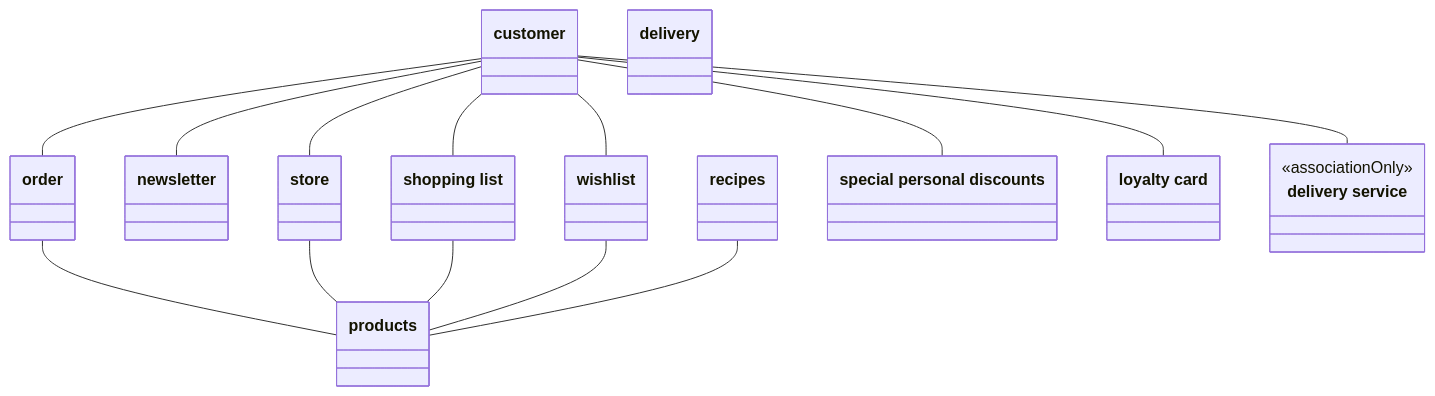
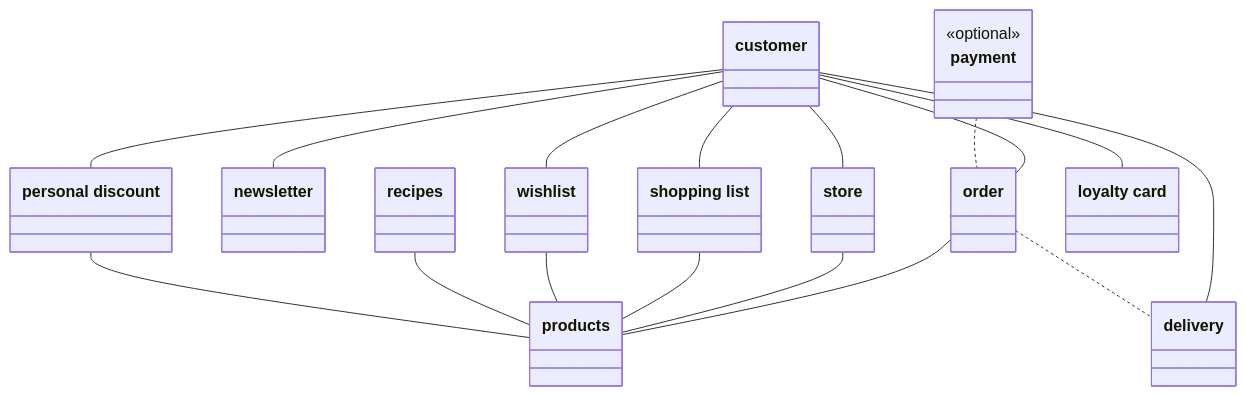
Before and after one commit to DomDeWulf/user-story-domain-model-datasets: the diagram in 2_gold_standard_domain_models/supermarket.mmd, drawn with Mermaid. The commit also changed 21 other files, not shown here.

Commit message:
Adapt domain models to revised gold and silver standard

```diff
--- a/2_gold_standard_domain_models/supermarket.mmd
+++ b/2_gold_standard_domain_models/supermarket.mmd
@@ -1,87 +1,107 @@
 classDiagram
     %% Project: Supermarket
-    %% Class labels match Gold standard - Classes.xlsx exactly, including capitalization.
-    %% Singular/plural forms are assumed equivalent; every changed endpoint is documented below.
-    %% Every association preserves one row of Gold standard - Associations.xlsx, in workbook order.
-    %% associationOnly nodes have no matching class in the Classes Excel; exclude them from class evaluation.
+    %% Source: Gold&Silver Standard.xlsx, sheets 'Class - Gold Standard' (column H) and 'Association - Gold Standard' (columns O:P).
+    %% Class labels match the revised class list exactly, including capitalization.
+    %% Class IDs and order follow the previous models; new classes are appended and removed classes leave ID gaps.
+    %% Workbook legend: red fill = removed, green fill = optional, blue text = added.
+    %% Removed classes and associations are omitted. Optional classes carry <<optional>>; optional associations use a dashed .. line.
+    %% Association endpoints are mapped to class labels; every changed endpoint is documented below.
     %% No direction, multiplicity, relationship labels, inheritance, attributes, or methods are inferred.
     class C001["recipes"]
     class C002["newsletter"]
     class C003["order"]
     class C004["products"]
     class C005["customer"]
     class C006["wishlist"]
     class C007["shopping list"]
     class C008["delivery"]
     class C009["store"]
-    class C010["special personal discounts"]
+    class C010["personal discount"]
     class C011["loyalty card"]
-    class C012["delivery service"]
-    <<associationOnly>> C012
+    %% Class 'Class - Gold Standard'!H13: added in the revised workbook (blue text); optional (green fill).
+    class C013["payment"]
+    <<optional>> C013
 
-    %% Association (Classes Excel terms where available): customer -- newsletter
-    %% Associations Excel (Sheet1!O3:P3): customer -- newsletter.
-    %% Wording differences: none.
+    %% Association: customer -- newsletter
+    %% Workbook ('Association - Gold Standard'!O3): custom -- newslett.
+    %% Mapping: "custom" -> "customer" (truncated stem); "newslett" -> "newsletter" (truncated stem).
     C005 -- C002
 
-    %% Association (Classes Excel terms where available): customer -- wishlist
-    %% Associations Excel (Sheet1!O4:P4): customer -- wishlist.
-    %% Wording differences: none.
+    %% Association: customer -- wishlist
+    %% Workbook ('Association - Gold Standard'!O4): custom -- wishlist.
+    %% Mapping: "custom" -> "customer" (truncated stem).
     C005 -- C006
 
-    %% Association (Classes Excel terms where available): customer -- shopping list
-    %% Associations Excel (Sheet1!O5:P5): customer -- shopping list.
-    %% Wording differences: none.
+    %% Association: customer -- shopping list
+    %% Workbook ('Association - Gold Standard'!O5): custom -- shopping list.
+    %% Mapping: "custom" -> "customer" (truncated stem).
     C005 -- C007
 
-    %% Association (Classes Excel terms where available): order -- products
-    %% Associations Excel (Sheet1!O6:P6): order -- product.
-    %% Assumption: "product" -> "products" (singular/plural forms are assumed interchangeable).
+    %% Association: order -- products
+    %% Workbook ('Association - Gold Standard'!O6): order -- product.
+    %% Mapping: "product" -> "products" (singular/plural).
     C003 -- C004
 
-    %% Association (Classes Excel terms where available): customer -- order
-    %% Associations Excel (Sheet1!O7:P7): customer -- order.
-    %% Wording differences: none.
+    %% Association: customer -- order
+    %% Workbook ('Association - Gold Standard'!O7): custom -- order.
+    %% Mapping: "custom" -> "customer" (truncated stem).
     C005 -- C003
 
-    %% Association (Classes Excel terms where available): store -- products
-    %% Associations Excel (Sheet1!O8:P8): store -- product.
-    %% Assumption: "product" -> "products" (singular/plural forms are assumed interchangeable).
+    %% Association: store -- products
+    %% Workbook ('Association - Gold Standard'!O8): store -- product.
+    %% Mapping: "product" -> "products" (singular/plural).
     C009 -- C004
 
-    %% Association (Classes Excel terms where available): shopping list -- products
-    %% Associations Excel (Sheet1!O9:P9): shopping list -- product.
-    %% Assumption: "product" -> "products" (singular/plural forms are assumed interchangeable).
+    %% Association: shopping list -- products
+    %% Workbook ('Association - Gold Standard'!O9): shopping list -- product.
+    %% Mapping: "product" -> "products" (singular/plural).
     C007 -- C004
 
-    %% Association (Classes Excel terms where available): wishlist -- products
-    %% Associations Excel (Sheet1!O10:P10): wishlist -- product.
-    %% Assumption: "product" -> "products" (singular/plural forms are assumed interchangeable).
+    %% Association: wishlist -- products
+    %% Workbook ('Association - Gold Standard'!O10): wishlist -- product.
+    %% Mapping: "product" -> "products" (singular/plural).
     C006 -- C004
 
-    %% Association (Classes Excel terms where available): customer -- store
-    %% Associations Excel (Sheet1!O11:P11): customer -- store.
-    %% Wording differences: none.
+    %% Association: customer -- store
+    %% Workbook ('Association - Gold Standard'!O11): custom -- store.
+    %% Mapping: "custom" -> "customer" (truncated stem).
     C005 -- C009
 
-    %% Association (Classes Excel terms where available): recipes -- products
-    %% Associations Excel (Sheet1!O12:P12): recipe -- product.
-    %% Assumption: "recipe" -> "recipes" (singular/plural forms are assumed interchangeable).
-    %% Assumption: "product" -> "products" (singular/plural forms are assumed interchangeable).
+    %% Association: recipes -- products
+    %% Workbook ('Association - Gold Standard'!O12): recip -- product.
+    %% Mapping: "recip" -> "recipes" (truncated stem; singular/plural); "product" -> "products" (singular/plural).
     C001 -- C004
 
-    %% Association (Classes Excel terms where available): customer -- delivery service
-    %% Associations Excel (Sheet1!O13:P13): customer -- delivery service.
-    %% Wording differences: none.
-    %% Absent from Classes Excel: "delivery service" is associationOnly; not assumed equivalent to delivery: the stories distinguish a subscription-based service from individual deliveries (1_user_stories/supermarket.txt:13,33-36,47-51).
-    C005 -- C012
+    %% Association: customer -- delivery
+    %% Workbook ('Association - Gold Standard'!O13): custom -- delivery.
+    %% Mapping: "custom" -> "customer" (truncated stem).
+    %% Note: Cell P13 holds an alternative wording, ('custom', 'delivery servic'), i.e. customer -- delivery service. O13 (customer -- delivery) is used because "delivery service" is not in the revised class list.
+    C005 -- C008
 
-    %% Association (Classes Excel terms where available): customer -- special personal discounts
-    %% Associations Excel (Sheet1!O14:P14): customer -- personal discount.
-    %% Assumption: "personal discount" -> "special personal discounts" (omitted qualifier plus singular/plural; stories explicitly call these special personal discounts (1_user_stories/supermarket.txt:11-12)).
+    %% Association: customer -- personal discount
+    %% Workbook ('Association - Gold Standard'!O14): custom -- personal discount.
+    %% Mapping: "custom" -> "customer" (truncated stem).
     C005 -- C010
 
-    %% Association (Classes Excel terms where available): customer -- loyalty card
-    %% Associations Excel (Sheet1!O15:P15): customer -- loyalty card.
-    %% Wording differences: none.
+    %% Association: customer -- loyalty card
+    %% Workbook ('Association - Gold Standard'!O15): custom -- loyalty card.
+    %% Mapping: "custom" -> "customer" (truncated stem).
     C005 -- C011
+
+    %% Association: order -- delivery
+    %% Workbook ('Association - Gold Standard'!O16): order -- delivery.
+    %% Mapping: none.
+    %% Status: added in the revised workbook (blue text); optional (green fill).
+    C003 .. C008
+
+    %% Association: payment -- order
+    %% Workbook ('Association - Gold Standard'!O17): payment -- order.
+    %% Mapping: none.
+    %% Status: added in the revised workbook (blue text); optional (green fill).
+    C013 .. C003
+
+    %% Association: personal discount -- products
+    %% Workbook ('Association - Gold Standard'!O18): discount -- prodcut.
+    %% Mapping: "discount" -> "personal discount" (interpretation: omitted qualifier; the only discount class in the revised class list); "prodcut" -> "products" (typo; singular/plural).
+    %% Status: added in the revised workbook (blue text).
+    C010 -- C004
```
